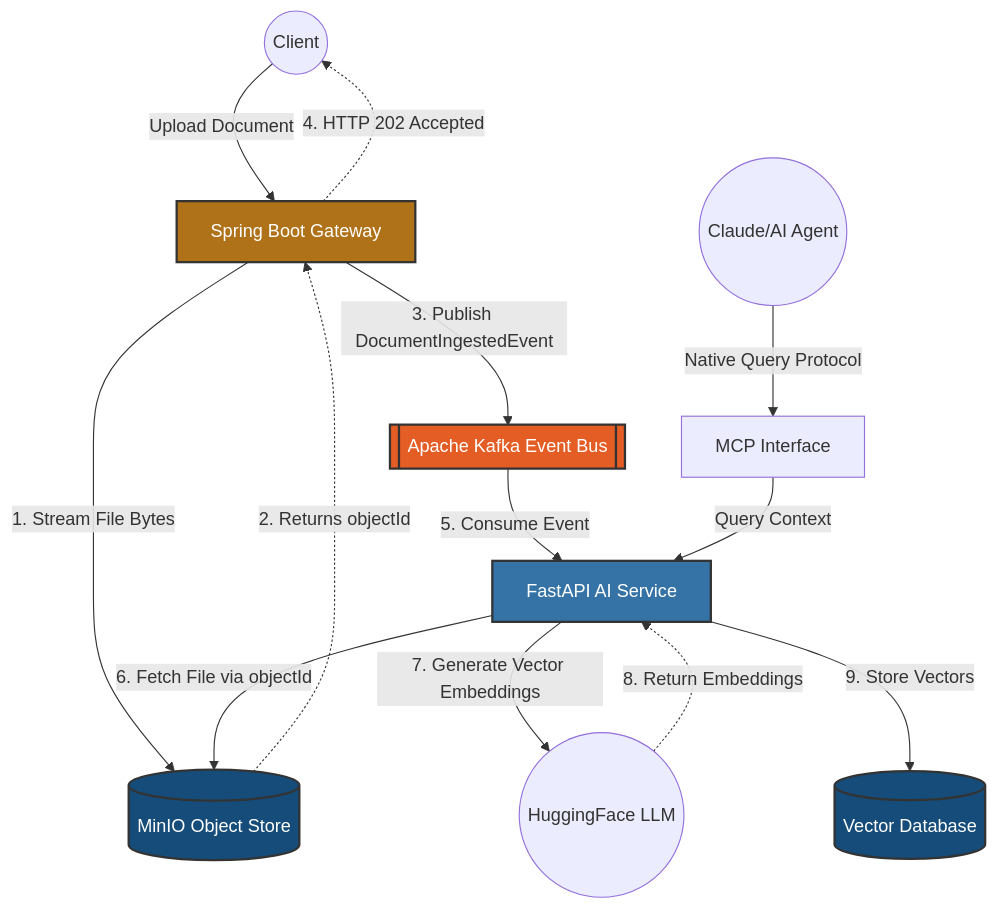
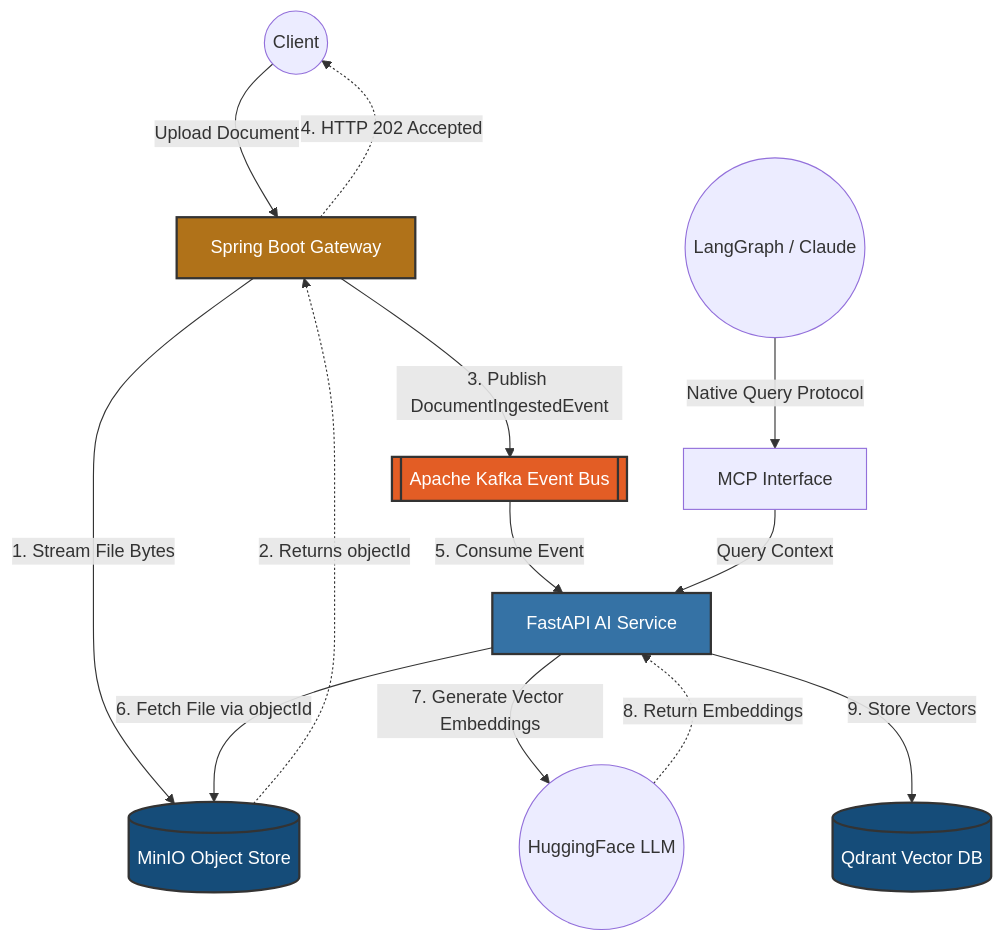
Before and after one commit to kusuridheeraj/Aegis: the diagram in README.md, drawn with Mermaid. The commit also changed other lines of this file, not shown here.

Commit message:
docs: add detailed data lifecycle and 1gb flow to readme

````diff
--- a/README.md
+++ b/README.md
@@ -23,25 +44,25 @@
 ```mermaid
 graph TD;
     Client((Client)) -->|Upload Document| SpringBoot[Spring Boot Gateway];
     SpringBoot -->|1. Stream File Bytes| MinIO[(MinIO Object Store)];
     MinIO -.->|2. Returns objectId| SpringBoot;
     SpringBoot -->|3. Publish DocumentIngestedEvent| Kafka[[Apache Kafka Event Bus]];
     SpringBoot -.->|4. HTTP 202 Accepted| Client;
     Kafka -->|5. Consume Event| FastAPI[FastAPI AI Service];
     FastAPI -->|6. Fetch File via objectId| MinIO;
     FastAPI -->|7. Generate Vector Embeddings| LLM((HuggingFace LLM));
     LLM -.->|8. Return Embeddings| FastAPI;
-    FastAPI -->|9. Store Vectors| VectorDB[(Vector Database)];
+    FastAPI -->|9. Store Vectors| VectorDB[(Qdrant Vector DB)];
     MCPServer[MCP Interface] -->|Query Context| FastAPI;
-    AIAgent((Claude/AI Agent)) -->|Native Query Protocol| MCPServer;
+    AIAgent((LangGraph / Claude)) -->|Native Query Protocol| MCPServer;
 
     classDef java fill:#b07219,stroke:#333,stroke-width:2px,color:#fff;
     classDef python fill:#3572A5,stroke:#333,stroke-width:2px,color:#fff;
     classDef storage fill:#154c79,stroke:#333,stroke-width:2px,color:#fff;
     classDef queue fill:#e35d25,stroke:#333,stroke-width:2px,color:#fff;
     
     class SpringBoot java;
     class FastAPI python;
     class MinIO,VectorDB storage;
     class Kafka queue;
 ```
````
